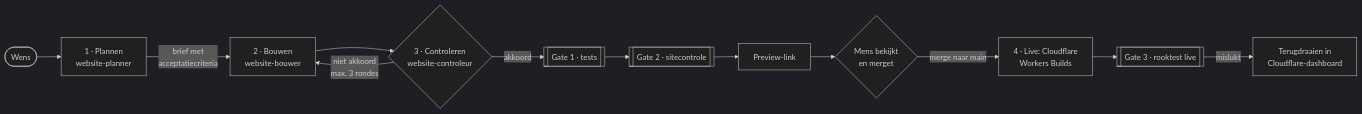
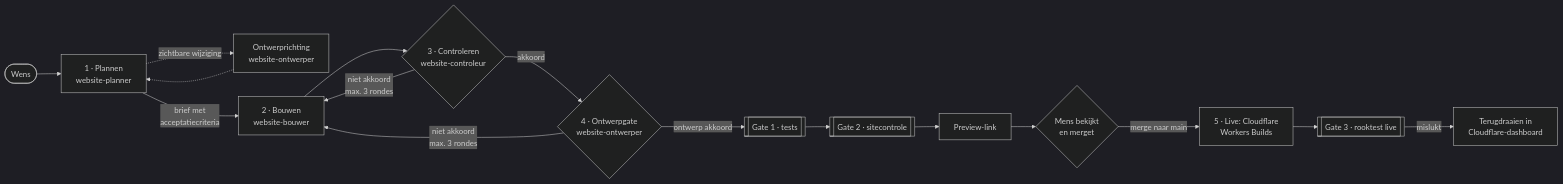
One commit to CarstvdnBosch/luxmini changed the diagram in docs/ai-pdlc.md. Above: the diagram before and after it, drawn with Mermaid (dark theme). The commit also changed other lines of this file and 14 other files, not shown here.

First line of the commit message:
AI-PDLC: senior UX/UI-ontwerper en ontwerpgate

````diff
--- a/docs/ai-pdlc.md
+++ b/docs/ai-pdlc.md
@@ -5,14 +5,18 @@
 ```mermaid
 flowchart LR
   W([Wens]) --> P[1 · Plannen<br/>website-planner]
+  P -.->|zichtbare wijziging| O1[Ontwerprichting<br/>website-ontwerper]
+  O1 -.-> P
   P -->|brief met<br/>acceptatiecriteria| B[2 · Bouwen<br/>website-bouwer]
   B --> C{3 · Controleren<br/>website-controleur}
   C -->|niet akkoord<br/>max. 3 rondes| B
-  C -->|akkoord| G1[[Gate 1 · tests]]
+  C -->|akkoord| O{4 · Ontwerpgate<br/>website-ontwerper}
+  O -->|niet akkoord<br/>max. 3 rondes| B
+  O -->|ontwerp akkoord| G1[[Gate 1 · tests]]
   G1 --> G2[[Gate 2 · sitecontrole]]
   G2 --> PV[Preview-link]
   PV --> M{Mens bekijkt<br/>en merget}
-  M -->|merge naar main| L[4 · Live: Cloudflare<br/>Workers Builds]
+  M -->|merge naar main| L[5 · Live: Cloudflare<br/>Workers Builds]
   L --> G3[[Gate 3 · rooktest live]]
   G3 -->|mislukt| RB[Terugdraaien in<br/>Cloudflare-dashboard]
 ```
````
